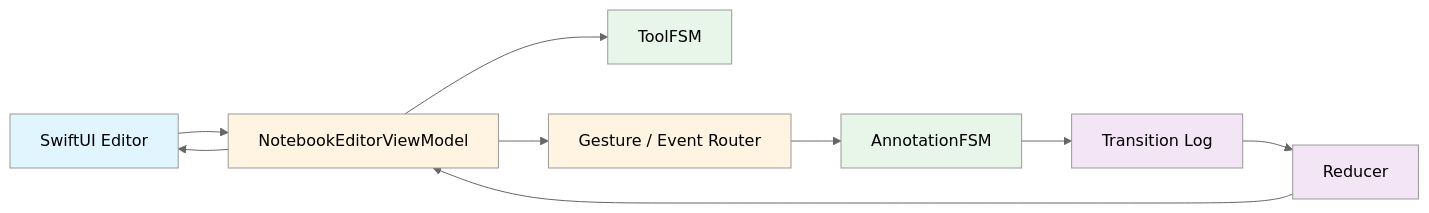
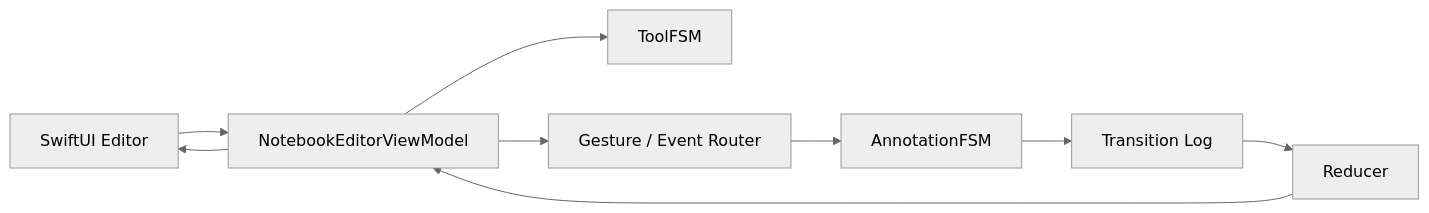
The first of 4 diagrams in README.md (Mikedan37/DocumentExampleApp), drawn with Mermaid (neutral theme) before and after one commit. The commit also changed other lines of this file, not shown here.

````diff
--- a/README.md
+++ b/README.md
@@ -19,19 +57,21 @@
 ```mermaid
+
 flowchart LR
+
     UI[SwiftUI Editor] --> VM[NotebookEditorViewModel]
-    VM --> ToolFSM[ToolFSM]
-    VM --> EventGen[Gesture / Event Router]
-    EventGen --> AnnotationFSM[AnnotationFSM]
+
+    VM --> ToolFSM
+
+    VM --> Router[Gesture / Event Router]
+
+    Router --> AnnotationFSM
+
     AnnotationFSM --> Log[Transition Log]
+
     Log --> Reducer[Reducer]
+
     Reducer --> VM
+
     VM --> UI
-    
-    style UI fill:#e1f5ff
-    style VM fill:#fff4e1
-    style ToolFSM fill:#e8f5e9
-    style AnnotationFSM fill:#e8f5e9
-    style Log fill:#f3e5f5
-    style Reducer fill:#f3e5f5
-    style EventGen fill:#fff4e1
+
 ```
````
